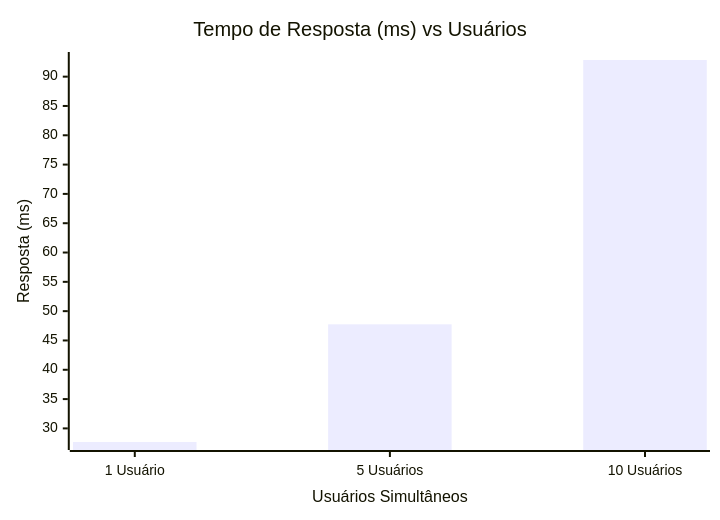
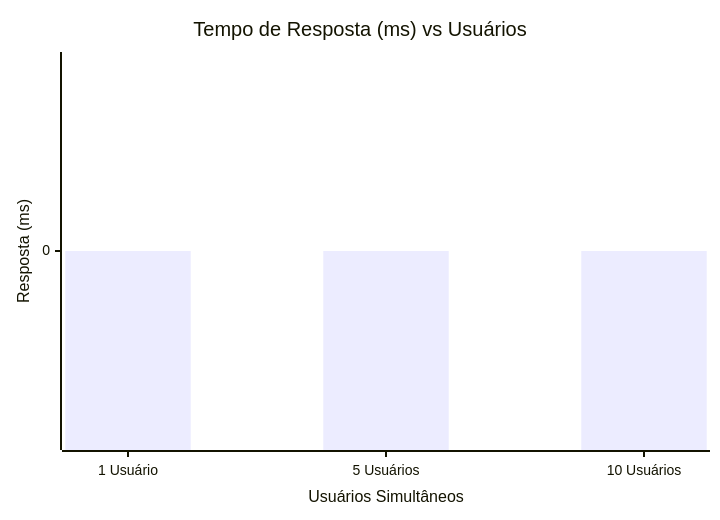
Before and after one commit to mavygarcia/AV3: the third of 3 diagrams in docs/relatorio_completo.md, drawn with Mermaid. The commit also changed other lines of this file and 4 other files, not shown here.

````diff
--- a/docs/relatorio_completo.md
+++ b/docs/relatorio_completo.md
@@ -174,7 +56,7 @@
 ```mermaid
 xychart-beta
     title "Tempo de Resposta (ms) vs Usuários"
     x-axis "Usuários Simultâneos" ["1 Usuário", "5 Usuários", "10 Usuários"]
     y-axis "Resposta (ms)"
-    bar [27.68, 47.75, 92.84]
+    bar [0.00, 0.00, 0.00]
 ```
````
